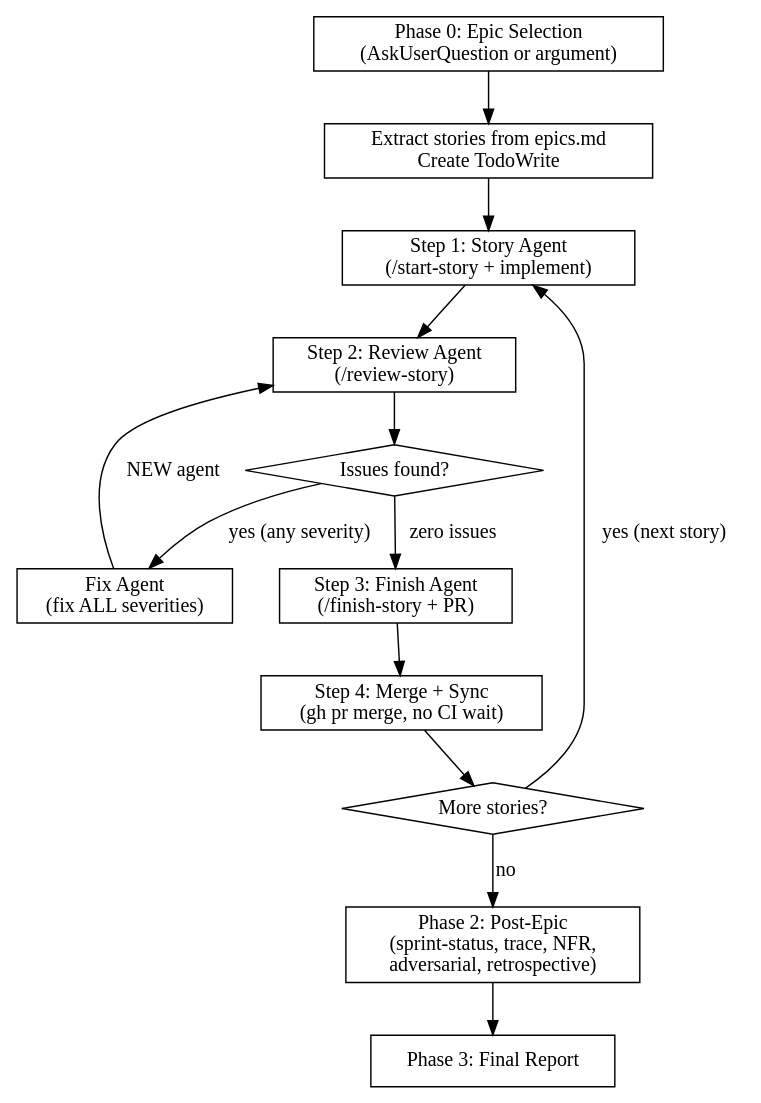
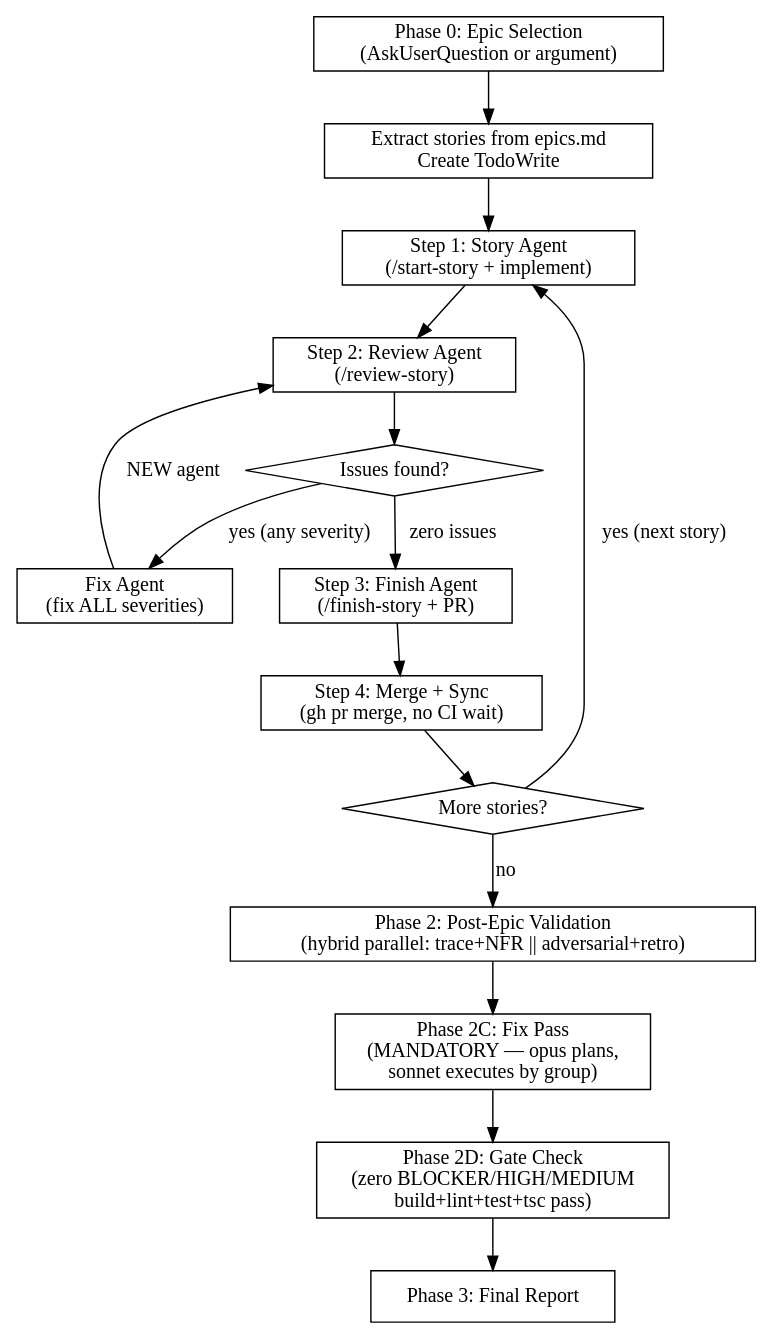
One commit to PedroLages/knowlune changed the diagram in .claude/skills/epic-orchestrator/SKILL.md. Above: the diagram before and after it, drawn with Graphviz. The commit also changed other lines of this file and 5 other files, not shown here.

First line of the commit message:
chore: update epic-orchestrator skill with mandatory fix pass and hybrid Phase 2

````diff
--- a/.claude/skills/epic-orchestrator/SKILL.md
+++ b/.claude/skills/epic-orchestrator/SKILL.md
@@ -85,31 +85,35 @@
 ```dot
 digraph epic_flow {
   rankdir=TB;
   node [shape=box];
 
   phase0 [label="Phase 0: Epic Selection\n(AskUserQuestion or argument)"];
   extract [label="Extract stories from epics.md\nCreate TodoWrite"];
   story_start [label="Step 1: Story Agent\n(/start-story + implement)"];
   review [label="Step 2: Review Agent\n(/review-story)"];
   issues [label="Issues found?" shape=diamond];
   fix [label="Fix Agent\n(fix ALL severities)"];
   finish [label="Step 3: Finish Agent\n(/finish-story + PR)"];
   merge [label="Step 4: Merge + Sync\n(gh pr merge, no CI wait)"];
   more [label="More stories?" shape=diamond];
-  post [label="Phase 2: Post-Epic\n(sprint-status, trace, NFR,\nadversarial, retrospective)"];
+  post [label="Phase 2: Post-Epic Validation\n(hybrid parallel: trace+NFR || adversarial+retro)"];
+  fixpass [label="Phase 2C: Fix Pass\n(MANDATORY — opus plans,\nsonnet executes by group)"];
+  gate [label="Phase 2D: Gate Check\n(zero BLOCKER/HIGH/MEDIUM\nbuild+lint+test+tsc pass)"];
   report [label="Phase 3: Final Report"];
 
   phase0 -> extract;
   extract -> story_start;
   story_start -> review;
   review -> issues;
   issues -> fix [label="yes (any severity)"];
   fix -> review [label="NEW agent"];
   issues -> finish [label="zero issues"];
   finish -> merge;
   merge -> more;
   more -> story_start [label="yes (next story)"];
   more -> post [label="no"];
-  post -> report;
+  post -> fixpass;
+  fixpass -> gate;
+  gate -> report;
 }
 ```
````
